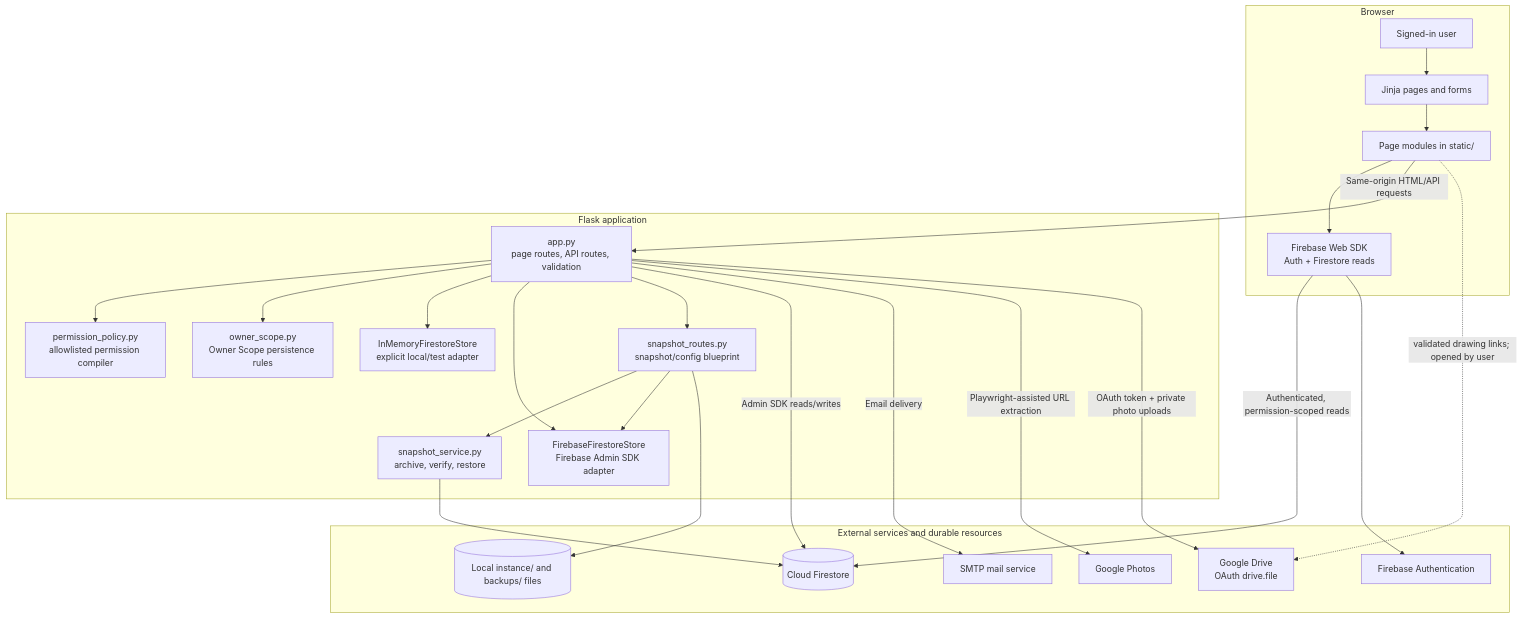
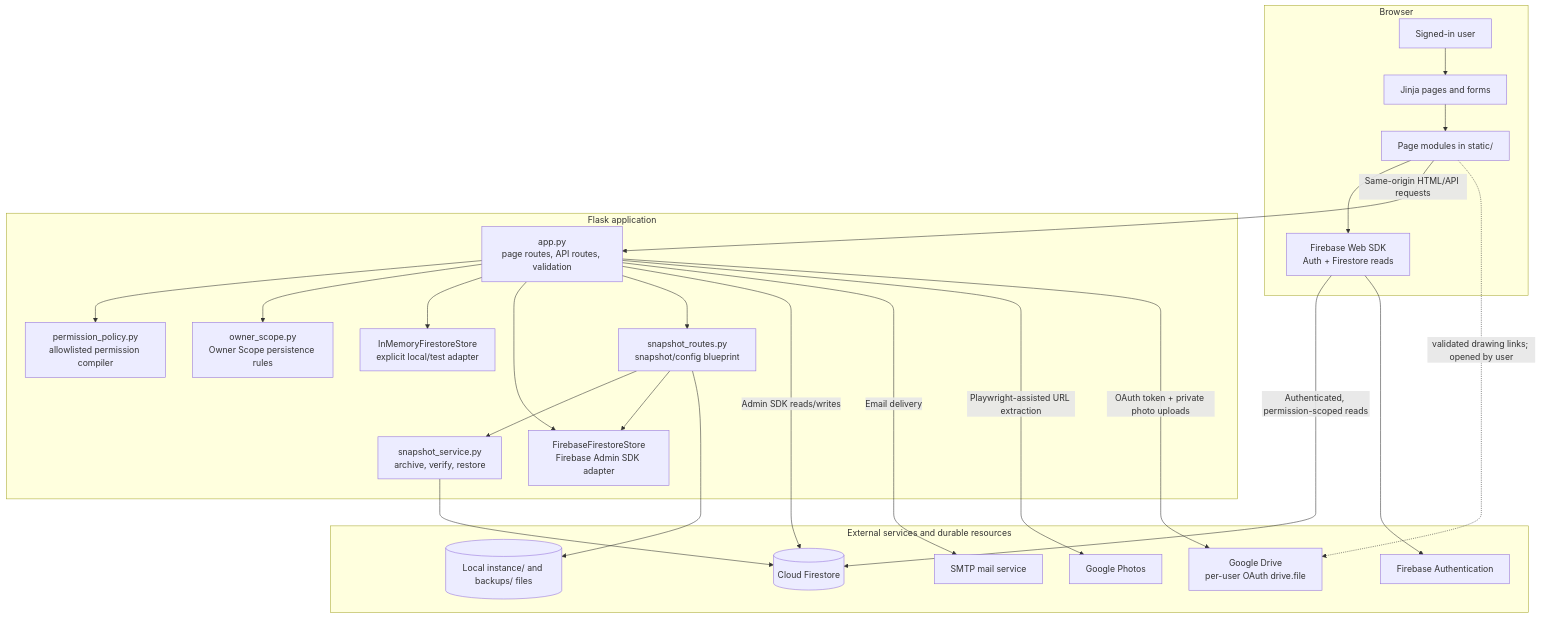
Before and after one commit to mannatmoonland-ship-it/mannat: the first of 23 diagrams in ARCHITECTURE.md, drawn with Mermaid. The commit also changed 7 other files, not shown here.

````diff
--- a/ARCHITECTURE.md
+++ b/ARCHITECTURE.md
@@ -11,49 +11,49 @@
 ```mermaid
 flowchart TB
     subgraph Client["Browser"]
         User["Signed-in user"]
         Templates["Jinja pages and forms"]
         Modules["Page modules in static/"]
         FirebaseWeb["Firebase Web SDK<br/>Auth + Firestore reads"]
         User --> Templates
         Templates --> Modules
         Modules --> FirebaseWeb
     end
 
     subgraph Server["Flask application"]
         Flask["app.py<br/>page routes, API routes, validation"]
         SnapshotRoutes["snapshot_routes.py<br/>snapshot/config blueprint"]
         PermissionPolicy["permission_policy.py<br/>allowlisted permission compiler"]
         OwnerScope["owner_scope.py<br/>Owner Scope persistence rules"]
         SnapshotService["snapshot_service.py<br/>archive, verify, restore"]
         InMemory["InMemoryFirestoreStore<br/>explicit local/test adapter"]
         AdminStore["FirebaseFirestoreStore<br/>Firebase Admin SDK adapter"]
         Flask --> PermissionPolicy
         Flask --> OwnerScope
         Flask --> InMemory
         Flask --> AdminStore
         Flask --> SnapshotRoutes
         SnapshotRoutes --> SnapshotService
         SnapshotRoutes --> AdminStore
     end
 
     subgraph External["External services and durable resources"]
         Firestore[("Cloud Firestore")]
         FirebaseAuth["Firebase Authentication"]
         SMTP["SMTP mail service"]
         Photos["Google Photos"]
-        Drive["Google Drive<br/>OAuth drive.file"]
+        Drive["Google Drive<br/>per-user OAuth drive.file"]
         LocalFiles[("Local instance/ and backups/ files")]
     end
 
     Modules -->|"Same-origin HTML/API requests"| Flask
     FirebaseWeb -->|"Authenticated, permission-scoped reads"| Firestore
     FirebaseWeb --> FirebaseAuth
     Flask -->|"Admin SDK reads/writes"| Firestore
     Flask -->|"Email delivery"| SMTP
     Flask -->|"Playwright-assisted URL extraction"| Photos
     Flask -->|"OAuth token + private photo uploads"| Drive
     Modules -. "validated drawing links; opened by user" .-> Drive
     SnapshotRoutes --> LocalFiles
     SnapshotService --> Firestore
 ```
````
